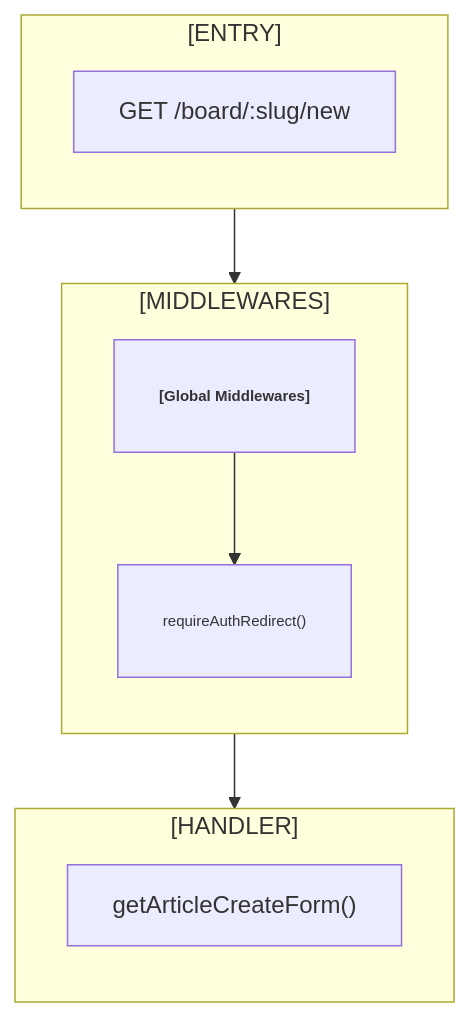
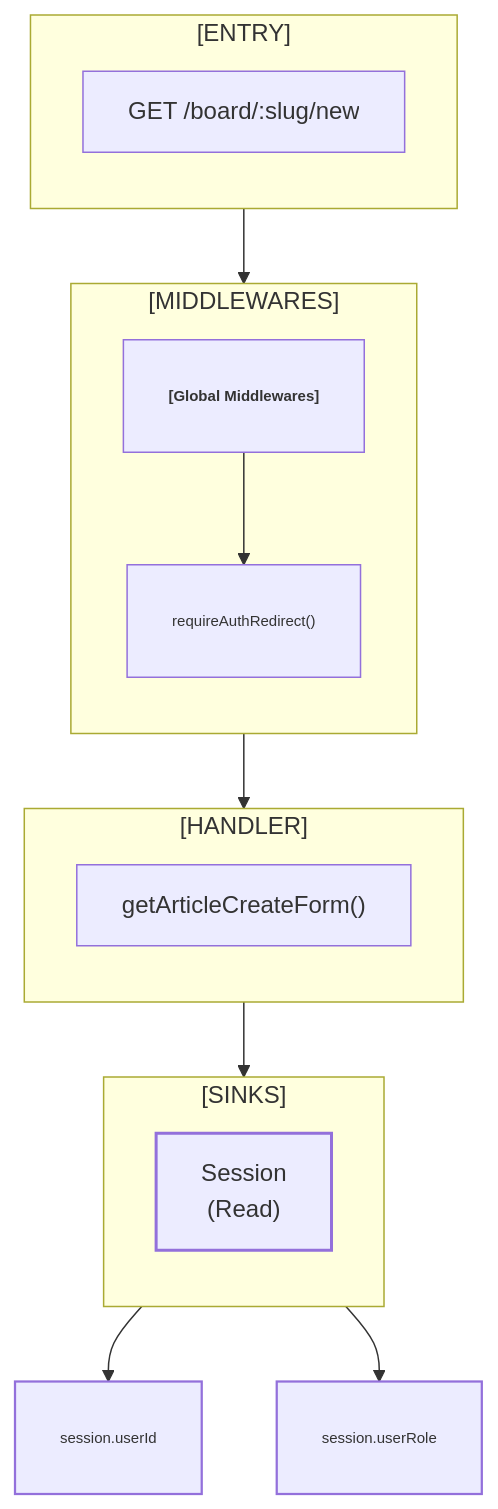
The diagram in docs/flowmap/flows/GET__board_slug_new.mmd (irondenker/my-code-my-kill), drawn with Mermaid before and after one commit. The commit also changed 25 other files, not shown here.

Commit message:
📚 Docs: Update flowmap session key styles and redirect labels

```diff
--- a/docs/flowmap/flows/GET__board_slug_new.mmd
+++ b/docs/flowmap/flows/GET__board_slug_new.mmd
@@ -1,22 +1,38 @@
 flowchart TD
 subgraph ENTRY_BLOCK["[ENTRY]"]
 direction TB
 ENTRY["GET /board/:slug/new"]
 end
 subgraph MIDDLEWARES["[MIDDLEWARES]"]
 direction TB
 MIDDLEWARE1["<b>[Global Middlewares]</b>"]
 MIDDLEWARE2["requireAuthRedirect()"]
 end
 ENTRY --> MIDDLEWARE1
 MIDDLEWARE1 --> MIDDLEWARE2
 subgraph HANDLER_BLOCK["[HANDLER]"]
 direction TB
 HANDLER["getArticleCreateForm()"]
 end
 MIDDLEWARE2 --> HANDLER
+subgraph SINKS["[SINKS]"]
+direction TB
+SINK1["Session<br/>(Read)"]
+end
+HANDLER --> SINK1
+SINK_READ_KEY1["session.userId"]
+SINK_READ_KEY2["session.userRole"]
+SINK1 --> SINK_READ_KEY1
+SINK1 --> SINK_READ_KEY2
 classDef middleware font-size:10px,padding:2px,stroke-width:1;
 classDef diagnostics stroke-dasharray: 2 2;
 classDef sink stroke-width:2;
+classDef sessionKey font-size:10px,padding:2px;
+classDef flash stroke-dasharray: 5 3,stroke-width:1.5;
+classDef auth stroke-dasharray: 0,stroke-width:1.5;
+classDef other stroke:#6b7280;
 classDef exit stroke-dasharray: 4 2;
 class MIDDLEWARE1,MIDDLEWARE2 middleware;
+class SINK1 sink;
+class SINK_READ_KEY1,SINK_READ_KEY2 sessionKey;
+class SINK_READ_KEY1,SINK_READ_KEY2 auth;
```
